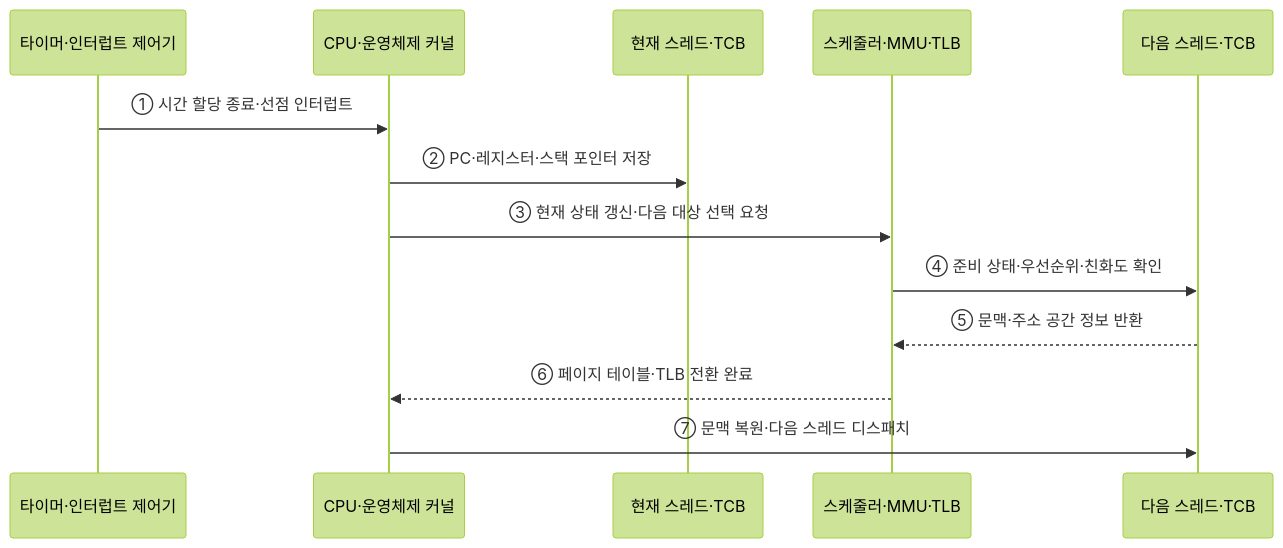
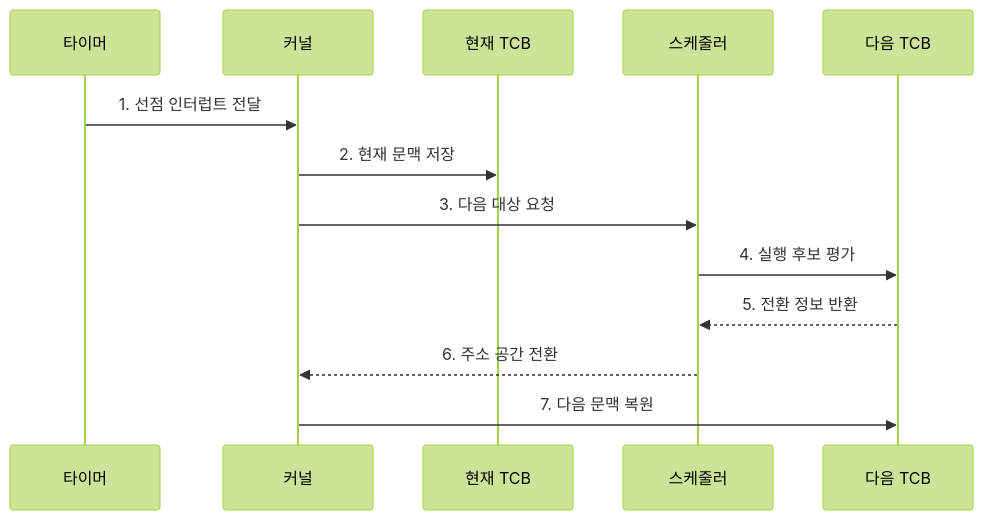
The second of 2 diagrams in src/content/docs/notes/03-software/002_pcb_context_switching.md (agnusdei1207/knowledge-base), drawn with Mermaid (forest theme) before and after one commit. The commit also changed other lines of this file and 20 other files, not shown here.

````diff
--- a/src/content/docs/notes/03-software/002_pcb_context_switching.md
+++ b/src/content/docs/notes/03-software/002_pcb_context_switching.md
@@ -82,16 +86,15 @@
 ```mermaid
 sequenceDiagram
-    participant T as 타이머·인터럽트 제어기
-    participant K as CPU·운영체제 커널
-    participant A as 현재 스레드·TCB
-    participant S as 스케줄러·MMU·TLB
-    participant B as 다음 스레드·TCB
-
-    T->>K: ① 시간 할당 종료·선점 인터럽트
-    K->>A: ② PC·레지스터·스택 포인터 저장
-    K->>S: ③ 현재 상태 갱신·다음 대상 선택 요청
-    S->>B: ④ 준비 상태·우선순위·친화도 확인
-    B-->>S: ⑤ 문맥·주소 공간 정보 반환
-    S-->>K: ⑥ 페이지 테이블·TLB 전환 완료
-    K->>B: ⑦ 문맥 복원·다음 스레드 디스패치
+    participant T as 타이머
+    participant K as 커널
+    participant A as 현재 TCB
+    participant S as 스케줄러
+    participant B as 다음 TCB
+    T->>K: 1. 선점 인터럽트 전달
+    K->>A: 2. 현재 문맥 저장
+    K->>S: 3. 다음 대상 요청
+    S->>B: 4. 실행 후보 평가
+    B-->>S: 5. 전환 정보 반환
+    S-->>K: 6. 주소 공간 전환
+    K->>B: 7. 다음 문맥 복원
 ```
````
